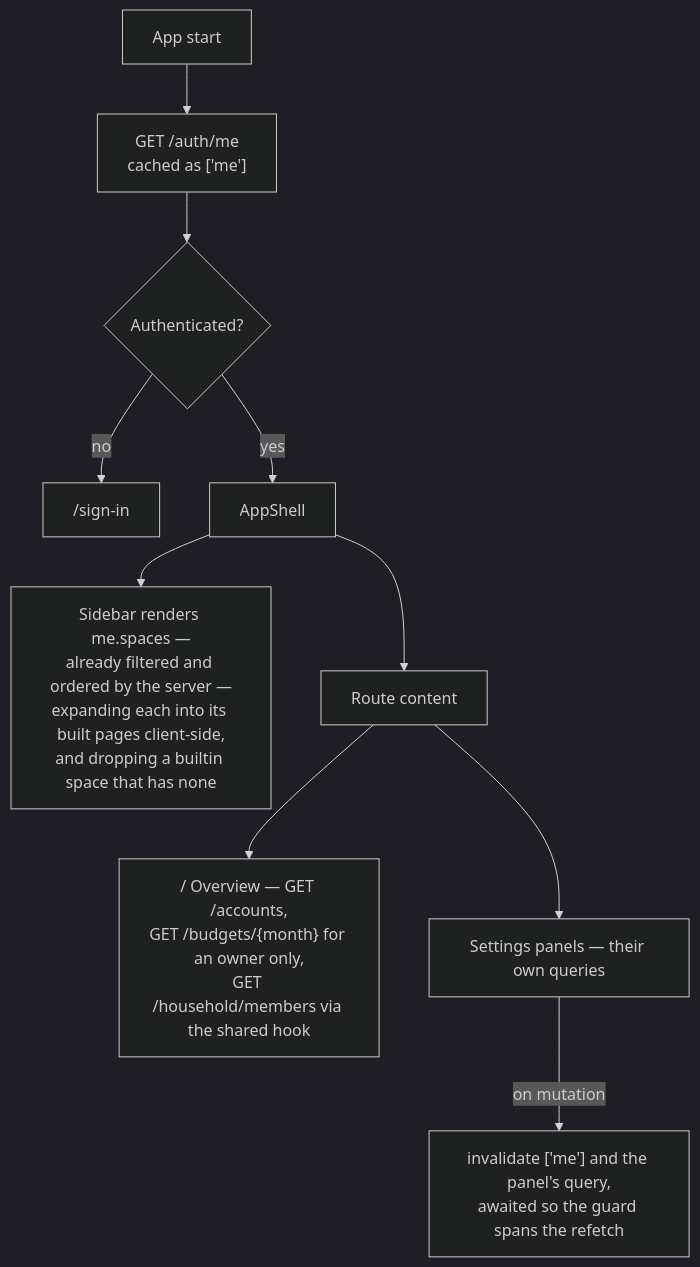
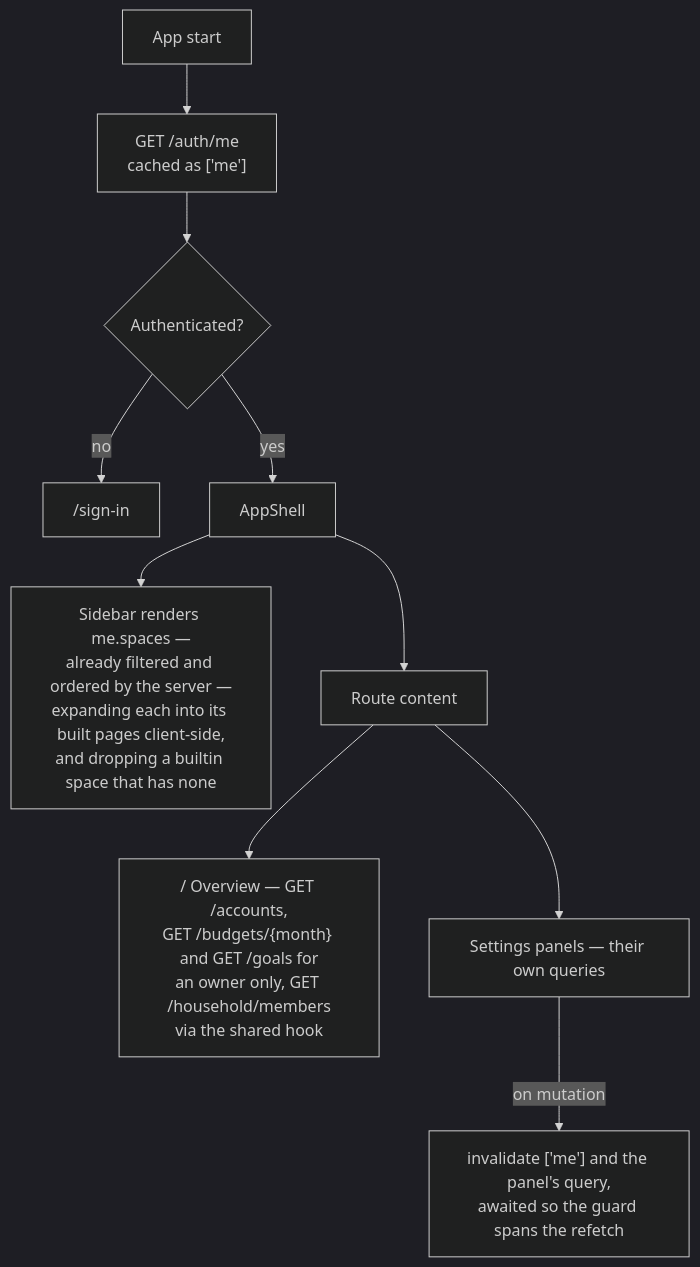
Diagram 12 of 13 in docs/SYSTEM_DESIGN.md (oandrz/Household), drawn with Mermaid (dark theme) before and after one commit. The commit also changed other lines of this file and 4 other files, not shown here.

````diff
--- a/docs/SYSTEM_DESIGN.md
+++ b/docs/SYSTEM_DESIGN.md
@@ -715,12 +844,12 @@
 ```mermaid
 graph TD
     Boot["App start"] --> Me["GET /auth/me<br/>cached as ['me']"]
     Me --> Guard{"Authenticated?"}
     Guard -->|no| SignIn["/sign-in"]
     Guard -->|yes| Shell["AppShell"]
     Shell --> Sidebar["Sidebar renders me.spaces —<br/>already filtered and ordered by the server —<br/>expanding each into its built pages client-side,<br/>and dropping a builtin space that has none"]
     Shell --> Page["Route content"]
-    Page --> Overview["/ Overview — GET /accounts,<br/>GET /budgets/{month} for an owner only,<br/>GET /household/members via the shared hook"]
+    Page --> Overview["/ Overview — GET /accounts,<br/>GET /budgets/{month} and GET /goals for<br/>an owner only, GET /household/members<br/>via the shared hook"]
     Page --> Settings["Settings panels — their own queries"]
     Settings -->|"on mutation"| Invalidate["invalidate ['me'] and the panel's query,<br/>awaited so the guard spans the refetch"]
 ```
````
